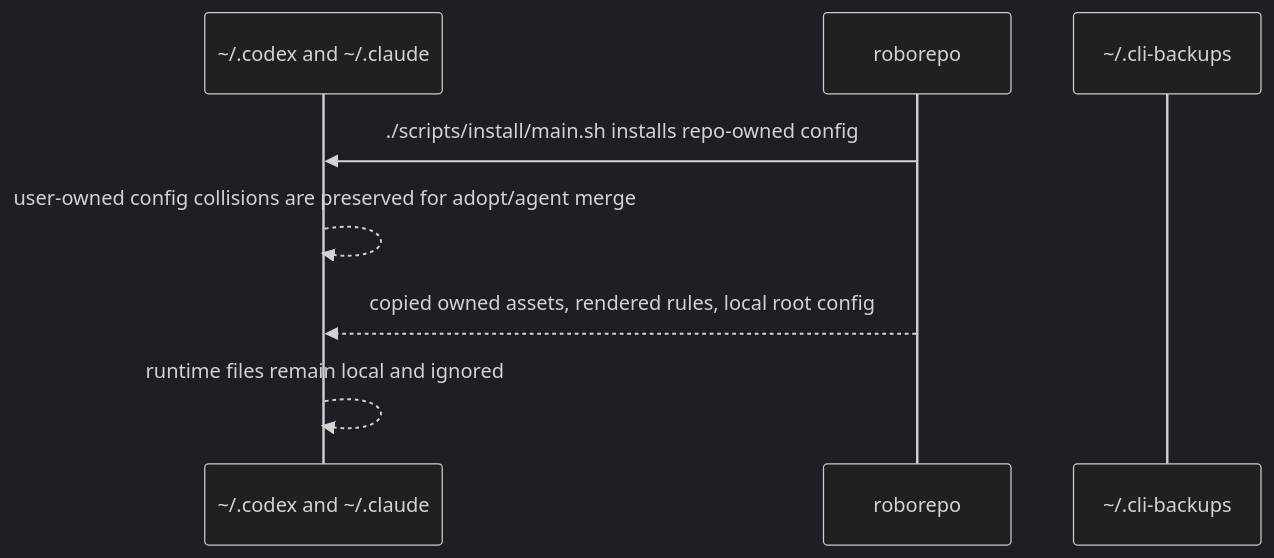
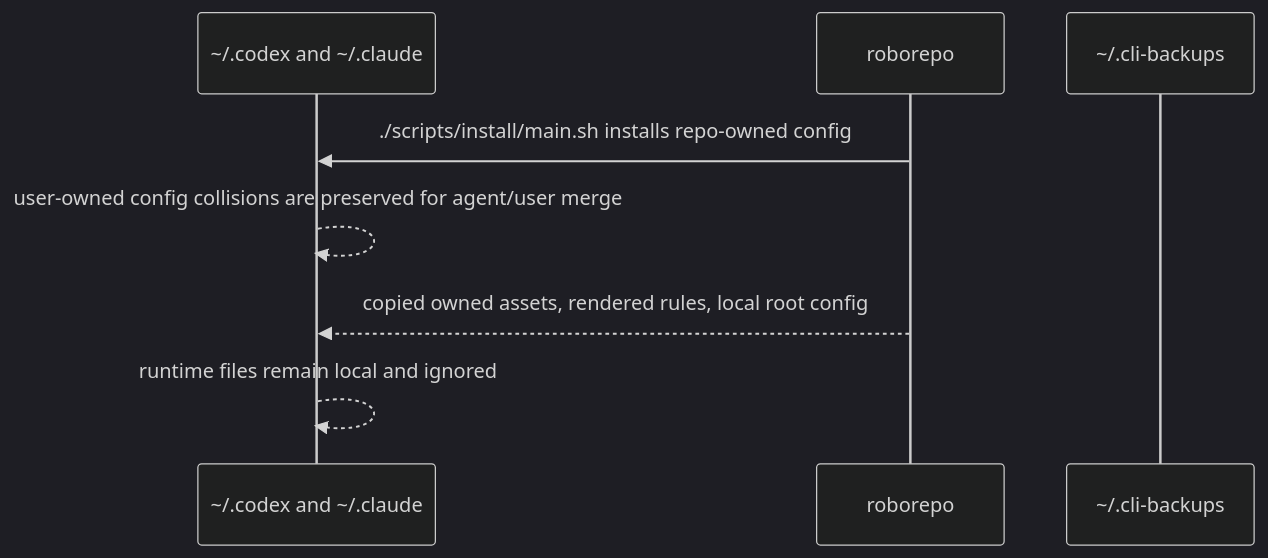
Before and after one commit to kirinmurphy/roborepo: the second of 2 diagrams in docs/user/reference/architecture.md, drawn with Mermaid (dark theme). The commit also changed other lines of this file and 72 other files, not shown here.

````diff
--- a/docs/user/reference/architecture.md
+++ b/docs/user/reference/architecture.md
@@ -297,11 +203,11 @@
 ```mermaid
 sequenceDiagram
   participant Home as ~/.codex and ~/.claude
   participant Repo as roborepo
   participant Backup as ~/.cli-backups
 
   Repo->>Home: ./scripts/install/main.sh installs repo-owned config
-  Home-->>Home: user-owned config collisions are preserved for adopt/agent merge
+  Home-->>Home: user-owned config collisions are preserved for agent/user merge
   Repo-->>Home: copied owned assets, rendered rules, local root config
   Home-->>Home: runtime files remain local and ignored
 ```
````
